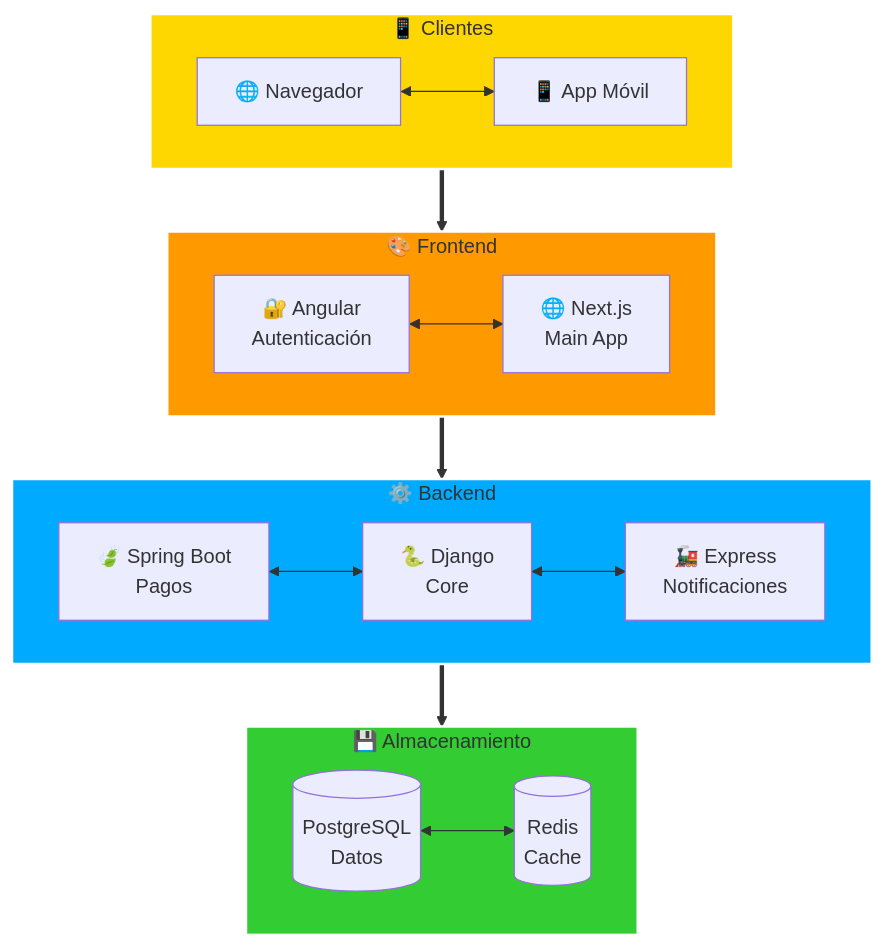
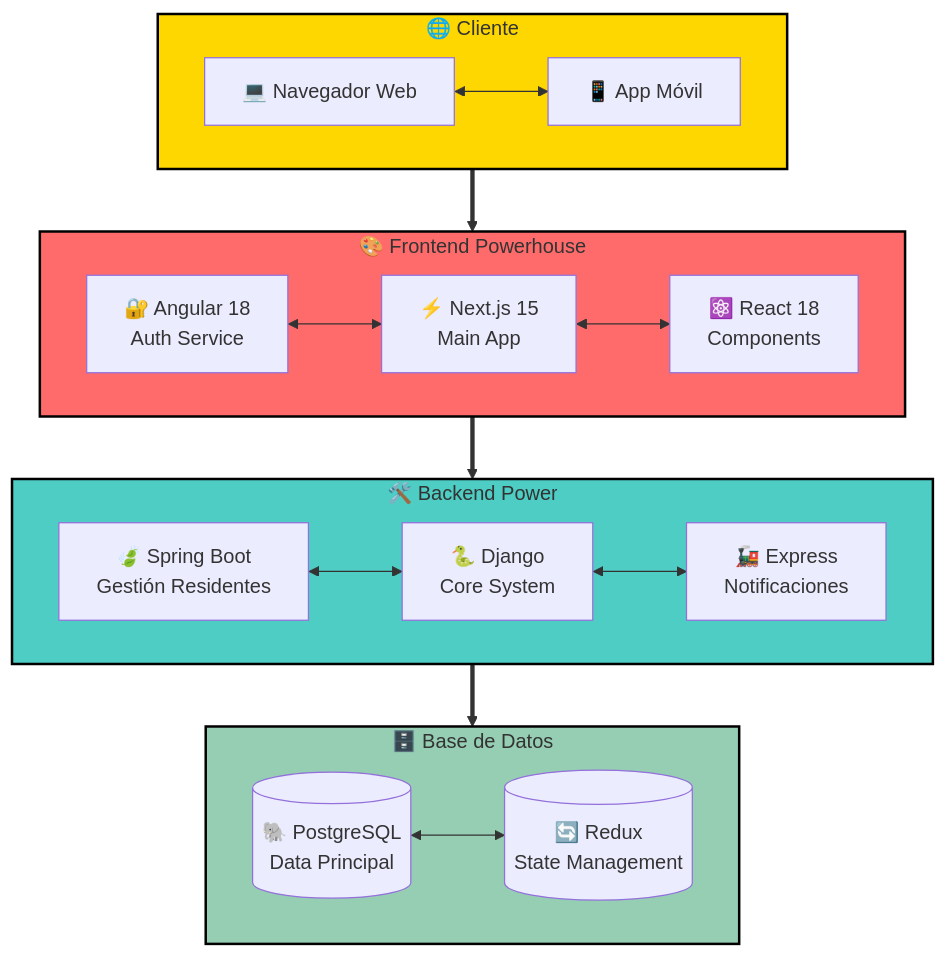
Before and after one commit to JavierTomasTormo/CareLink-Nexora_Angular-NEXT-Django-SpringBoot-Express: the diagram in README.md, drawn with Mermaid. The commit also changed other lines of this file, not shown here.

````diff
--- a/README.md
+++ b/README.md
@@ -86,39 +87,40 @@
 ```mermaid
 graph TB
-    subgraph Clients ["📱 Clientes"]
-        direction LR
-        Browser["🌐 Navegador"] <--> Mobile["📱 App Móvil"]
-    end
+  subgraph Clients ["🌐 Cliente"]
+    direction LR
+    Browser["💻 Navegador Web"] <--> Mobile["📱 App Móvil"]
+  end
 
-    subgraph Frontend ["🎨 Frontend"]
-        direction LR
-        Auth["🔐 Angular
-        Autenticación"] <--> Next["🌐 Next.js
-        Main App"]
-    end
+  subgraph Frontend ["🎨 Frontend Powerhouse"]
+    direction LR
+    Auth["🔐 Angular 18
+    Auth Service"] <--> Next["⚡ Next.js 15
+    Main App"] <--> React["⚛️ React 18
+    Components"]
+  end
 
-    subgraph Backend ["⚙️ Backend"]
-        direction LR
-        Spring["🍃 Spring Boot
-        Pagos"] <--> Django["🐍 Django
-        Core"]
-        Django <--> Express["🚂 Express
-        Notificaciones"]
-    end
+  subgraph Backend ["🛠️ Backend Power"]
+    direction LR
+    Spring["🍃 Spring Boot
+    Gestión Residentes"] <--> Django["🐍 Django
+    Core System"]
+    Django <--> Express["🚂 Express
+    Notificaciones"]
+  end
 
-    subgraph Storage ["💾 Almacenamiento"]
-        direction LR
-        Postgres[("PostgreSQL
-        Datos")] <--> Redis[("Redis
-        Cache")]
-    end
+  subgraph Database ["🗄️ Base de Datos"]
+    direction LR
+    Postgres[("🐘 PostgreSQL
+    Data Principal")] <--> Redux[("🔄 Redux
+    State Management")]
+  end
 
-    Clients ==> Frontend
-    Frontend ==> Backend
-    Backend ==> Storage
+  Clients ==> Frontend
+  Frontend ==> Backend
+  Backend ==> Database
 
-    style Clients fill:#ffd700,stroke:#fff,stroke-width:2px
-    style Frontend fill:#ff9900,stroke:#fff,stroke-width:2px
-    style Backend fill:#00aaff,stroke:#fff,stroke-width:2px
-    style Storage fill:#33cc33,stroke:#fff,stroke-width:2px
+  style Clients fill:#FFD700,stroke:#000,stroke-width:2px
+  style Frontend fill:#FF6B6B,stroke:#000,stroke-width:2px
+  style Backend fill:#4ECDC4,stroke:#000,stroke-width:2px
+  style Database fill:#96CEB4,stroke:#000,stroke-width:2px
 ```
````
